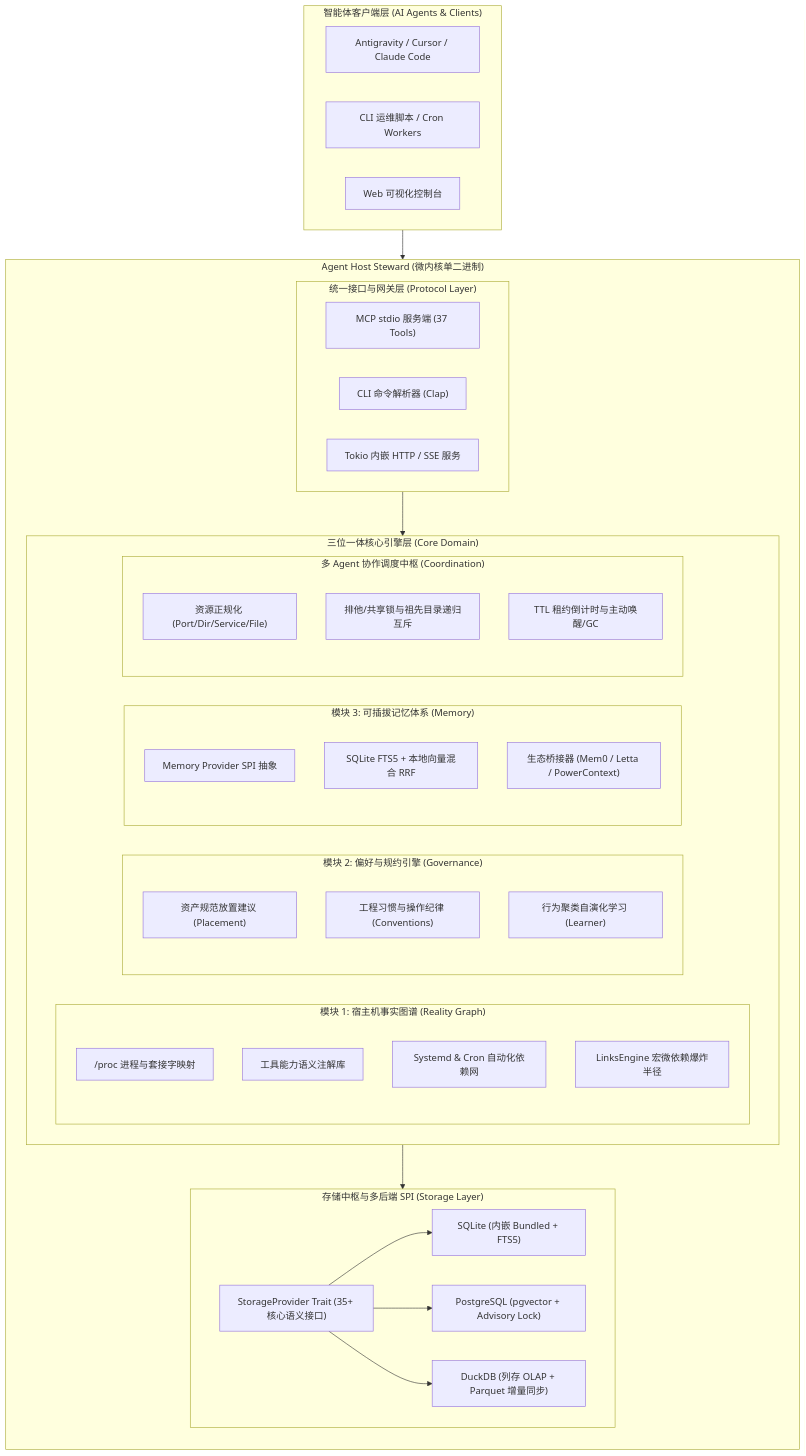
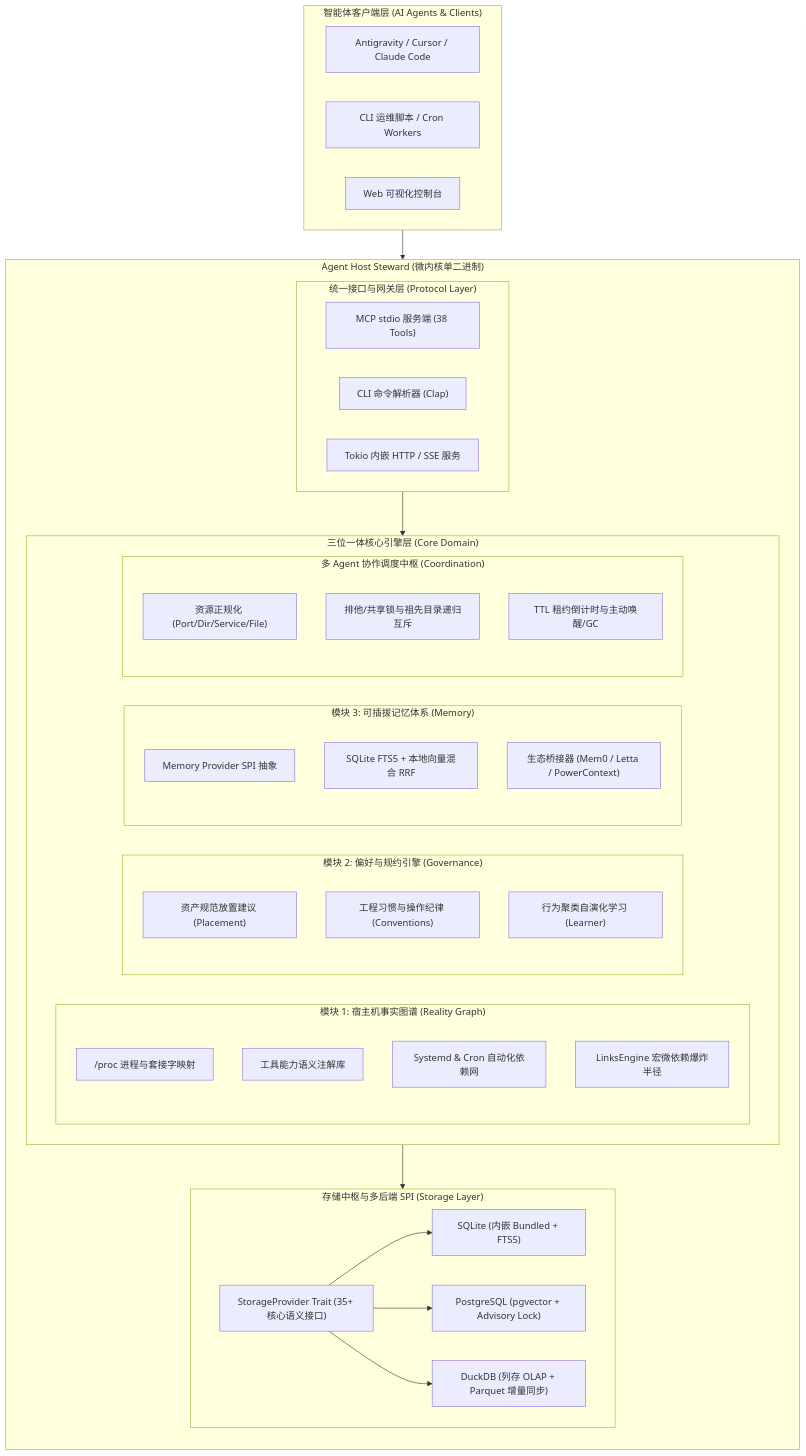
The first of 4 diagrams in arch/01-for-architects.md (digoal/agent-body), drawn with Mermaid before and after one commit. The commit also changed 29 other files, not shown here.

````diff
--- a/arch/01-for-architects.md
+++ b/arch/01-for-architects.md
@@ -40,59 +40,59 @@
 ```mermaid
 graph TD
     subgraph Clients["智能体客户端层 (AI Agents & Clients)"]
         A1["Antigravity / Cursor / Claude Code"]
         A2["CLI 运维脚本 / Cron Workers"]
         A3["Web 可视化控制台"]
     end
 
     subgraph Steward["Agent Host Steward (微内核单二进制)"]
         direction TB
         
         subgraph Protocols["统一接口与网关层 (Protocol Layer)"]
-            P1["MCP stdio 服务端 (37 Tools)"]
+            P1["MCP stdio 服务端 (38 Tools)"]
             P2["CLI 命令解析器 (Clap)"]
             P3["Tokio 内嵌 HTTP / SSE 服务"]
         end
 
         subgraph Core["三位一体核心引擎层 (Core Domain)"]
             subgraph M1["模块 1: 宿主机事实图谱 (Reality Graph)"]
                 F1["/proc 进程与套接字映射"]
                 F2["工具能力语义注解库"]
                 F3["Systemd & Cron 自动化依赖网"]
                 F4["LinksEngine 宏微依赖爆炸半径"]
             end
 
             subgraph M2["模块 2: 偏好与规约引擎 (Governance)"]
                 G1["资产规范放置建议 (Placement)"]
                 G2["工程习惯与操作纪律 (Conventions)"]
                 G3["行为聚类自演化学习 (Learner)"]
             end
 
             subgraph M3["模块 3: 可插拔记忆体系 (Memory)"]
                 Mem1["Memory Provider SPI 抽象"]
                 Mem2["SQLite FTS5 + 本地向量混合 RRF"]
                 Mem3["生态桥接器 (Mem0 / Letta / PowerContext)"]
             end
 
             subgraph Coordination["多 Agent 协作调度中枢 (Coordination)"]
                 C1["资源正规化 (Port/Dir/Service/File)"]
                 C2["排他/共享锁与祖先目录递归互斥"]
                 C3["TTL 租约倒计时与主动唤醒/GC"]
             end
         end
 
         subgraph StorageSPI["存储中枢与多后端 SPI (Storage Layer)"]
             S_SPI["StorageProvider Trait (35+ 核心语义接口)"]
             S_SQLITE["SQLite (内嵌 Bundled + FTS5)"]
             S_PG["PostgreSQL (pgvector + Advisory Lock)"]
             S_DUCK["DuckDB (列存 OLAP + Parquet 增量同步)"]
         end
     end
 
     Clients --> Protocols
     Protocols --> Core
     Core --> StorageSPI
     S_SPI --> S_SQLITE
     S_SPI --> S_PG
     S_SPI --> S_DUCK
 ```
````
